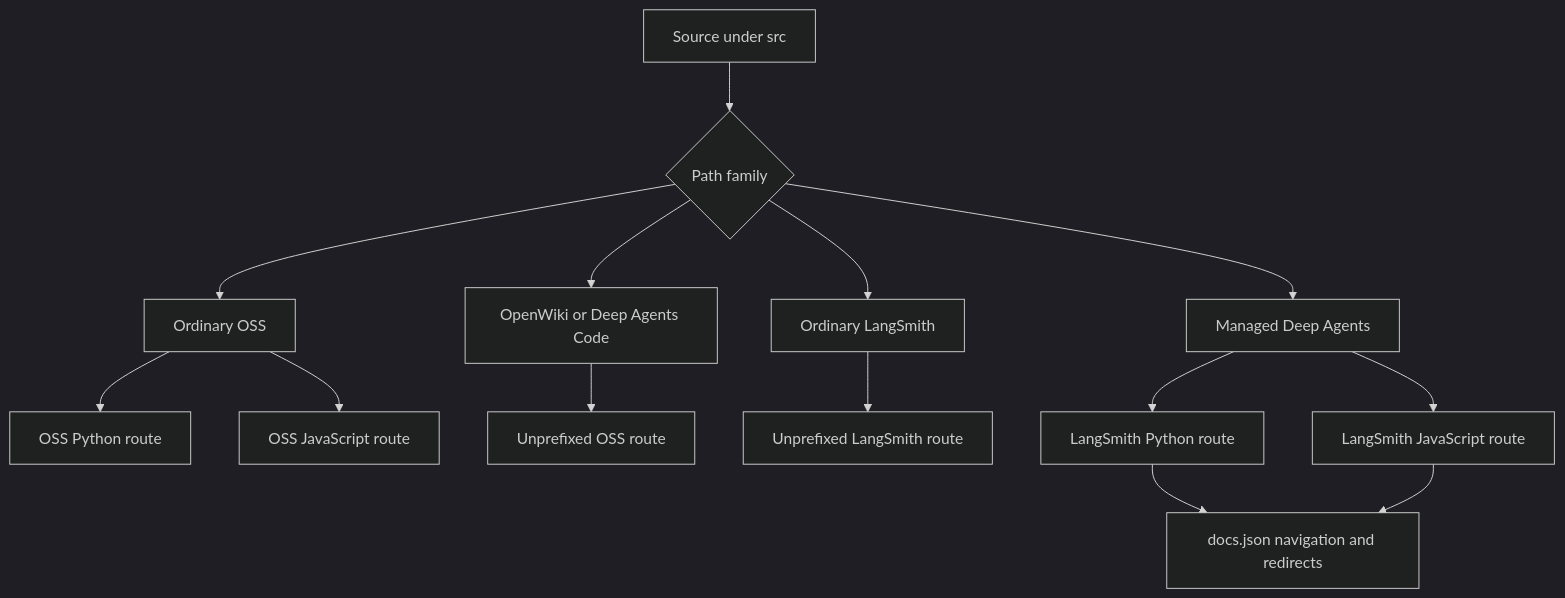
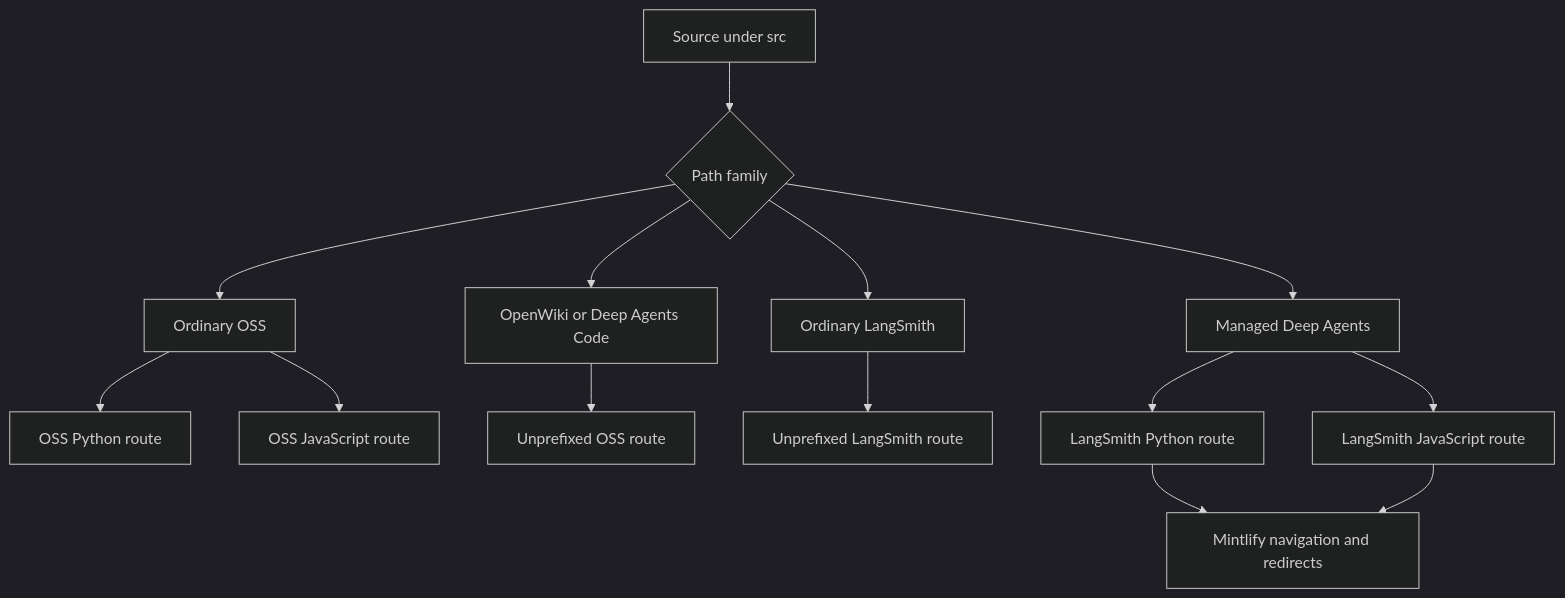
One commit to langchain-ai/docs changed the first of 2 diagrams in openwiki/concepts/versioning.md. Above: the diagram before and after it, drawn with Mermaid (dark theme). The commit also changed other lines of this file and 25 other files, not shown here.

````diff
--- a/openwiki/concepts/versioning.md
+++ b/openwiki/concepts/versioning.md
@@ -50,16 +60,16 @@
 ```mermaid
 flowchart TD
     Source["Source under src"] --> Family{"Path family"}
     Family --> Oss["Ordinary OSS"]
     Oss --> OssPy["OSS Python route"]
     Oss --> OssJs["OSS JavaScript route"]
     Family --> Product["OpenWiki or Deep Agents Code"]
     Product --> PlainProduct["Unprefixed OSS route"]
     Family --> Smith["Ordinary LangSmith"]
     Smith --> PlainSmith["Unprefixed LangSmith route"]
     Family --> Managed["Managed Deep Agents"]
     Managed --> ManagedPy["LangSmith Python route"]
     Managed --> ManagedJs["LangSmith JavaScript route"]
-    ManagedPy --> Config["docs.json navigation and redirects"]
-    ManagedJs --> Config
+    ManagedPy --> Mintlify["Mintlify navigation and redirects"]
+    ManagedJs --> Mintlify
 ```
````
